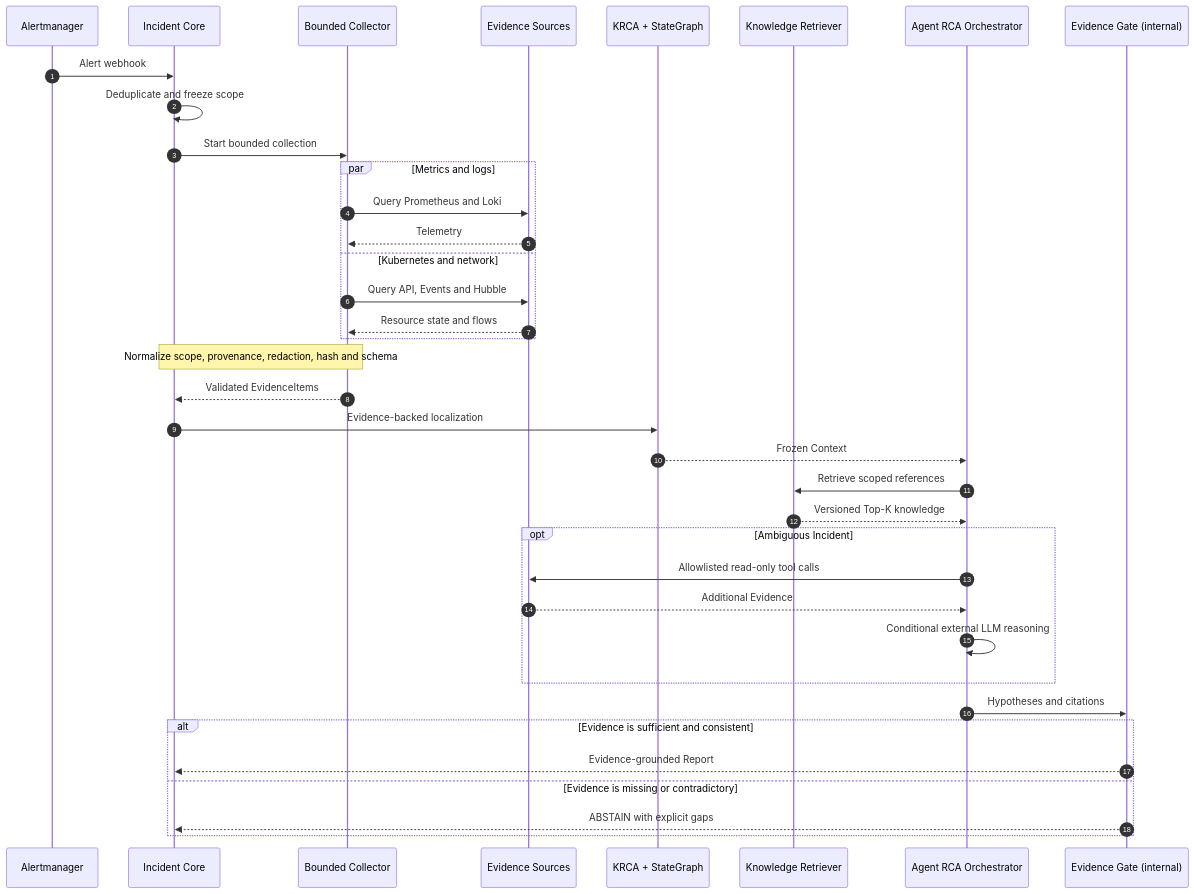
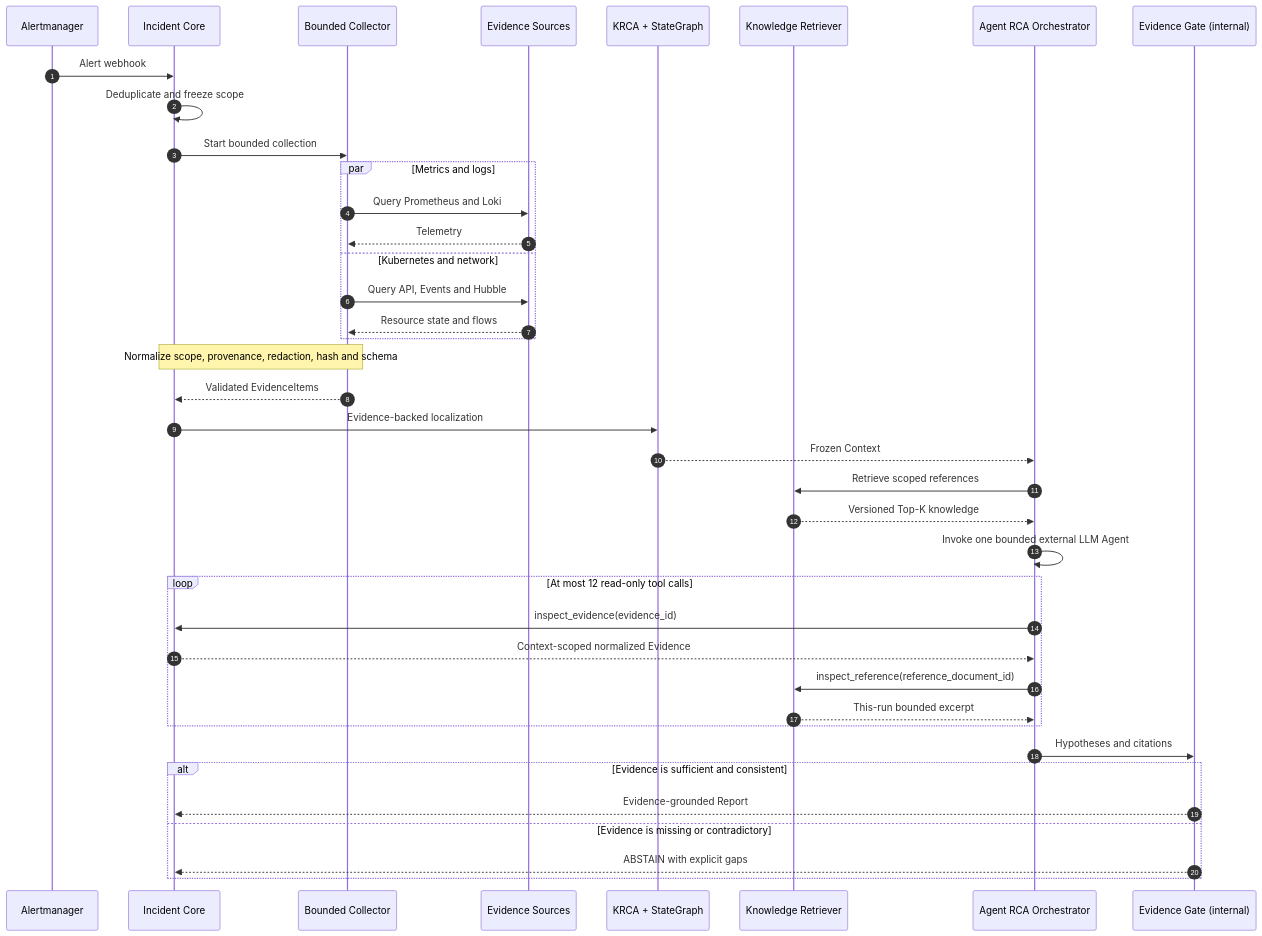
One commit to kyunghoon02/agent-RCA changed the diagram in README.md. Above: the diagram before and after it, drawn with Mermaid. The commit also changed other lines of this file and 19 other files, not shown here.

Commit message:
feat: add evidence-gated agent RCA runtime

````diff
--- a/README.md
+++ b/README.md
@@ -21,40 +21,42 @@
 ```mermaid
 sequenceDiagram
     autonumber
     participant AM as Alertmanager
     participant IC as Incident Core
     participant BC as Bounded Collector
     participant ES as Evidence Sources
     participant LS as KRCA + StateGraph
     participant KR as Knowledge Retriever
     participant AO as Agent RCA Orchestrator
     participant EG as Evidence Gate (internal)
 
     AM->>IC: Alert webhook
     IC->>IC: Deduplicate and freeze scope
     IC->>BC: Start bounded collection
     par Metrics and logs
         BC->>ES: Query Prometheus and Loki
         ES-->>BC: Telemetry
     and Kubernetes and network
         BC->>ES: Query API, Events and Hubble
         ES-->>BC: Resource state and flows
     end
     Note over IC,BC: Normalize scope, provenance, redaction, hash and schema
     BC-->>IC: Validated EvidenceItems
     IC->>LS: Evidence-backed localization
     LS-->>AO: Frozen Context
     AO->>KR: Retrieve scoped references
     KR-->>AO: Versioned Top-K knowledge
-    opt Ambiguous Incident
-        AO->>ES: Allowlisted read-only tool calls
-        ES-->>AO: Additional Evidence
-        AO->>AO: Conditional external LLM reasoning
+    AO->>AO: Invoke one bounded external LLM Agent
+    loop At most 12 read-only tool calls
+        AO->>IC: inspect_evidence(evidence_id)
+        IC-->>AO: Context-scoped normalized Evidence
+        AO->>KR: inspect_reference(reference_document_id)
+        KR-->>AO: This-run bounded excerpt
     end
     AO->>EG: Hypotheses and citations
     alt Evidence is sufficient and consistent
         EG-->>IC: Evidence-grounded Report
     else Evidence is missing or contradictory
         EG-->>IC: ABSTAIN with explicit gaps
     end
 ```
````
